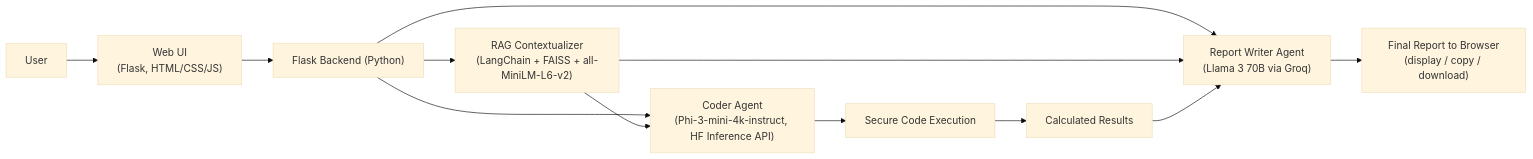
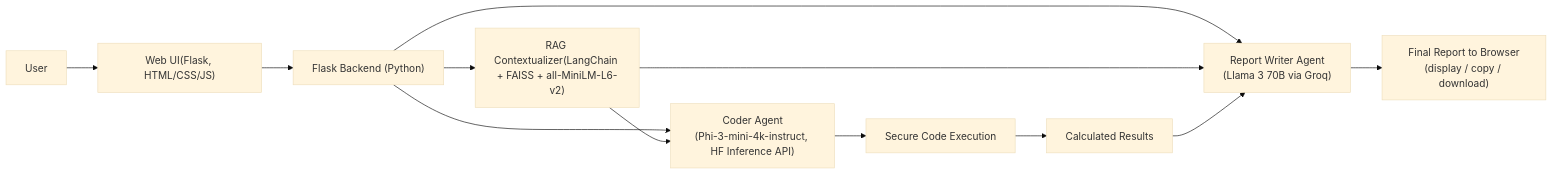
One commit to Barghav777/AI-Lab-Report-Agent changed the diagram in Agent_Architecture.md. Above: the diagram before and after it, drawn with Mermaid (base theme).

````diff
--- a/Agent_Architecture.md
+++ b/Agent_Architecture.md
@@ -10,14 +10,14 @@
 ```mermaid
 flowchart LR
-    U[User] --> UI["Web UI\n(Flask, HTML/CSS/JS)"]
+    U[User] --> UI["Web UI(Flask, HTML/CSS/JS)"]
     UI --> B["Flask Backend (Python)"]
-    B --> RAG["RAG Contextualizer\n(LangChain + FAISS + all-MiniLM-L6-v2)"]
+    B --> RAG["RAG Contextualizer(LangChain + FAISS + all-MiniLM-L6-v2)"]
     B --> C["Coder Agent\n(Phi-3-mini-4k-instruct, HF Inference API)"]
     RAG --> C
     C --> EXE["Secure Code Execution"]
     EXE --> RES["Calculated Results"]
     B --> W["Report Writer Agent\n(Llama 3 70B via Groq)"]
     RAG --> W
     RES --> W
     W --> OUT["Final Report to Browser\n(display / copy / download)"]
 ```
````
